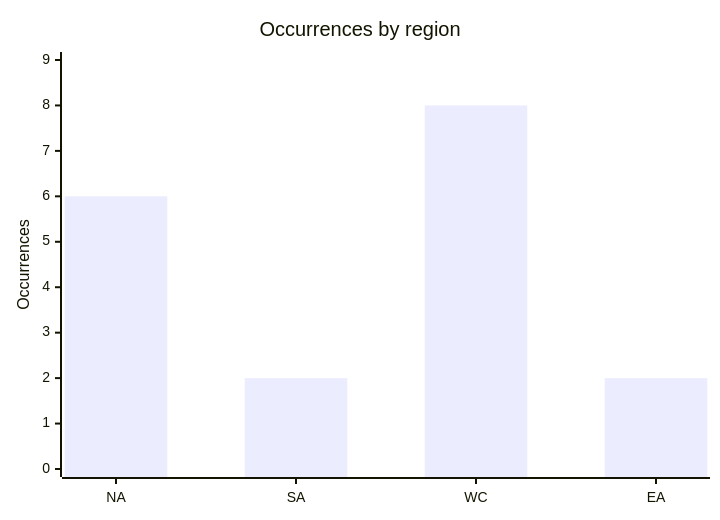
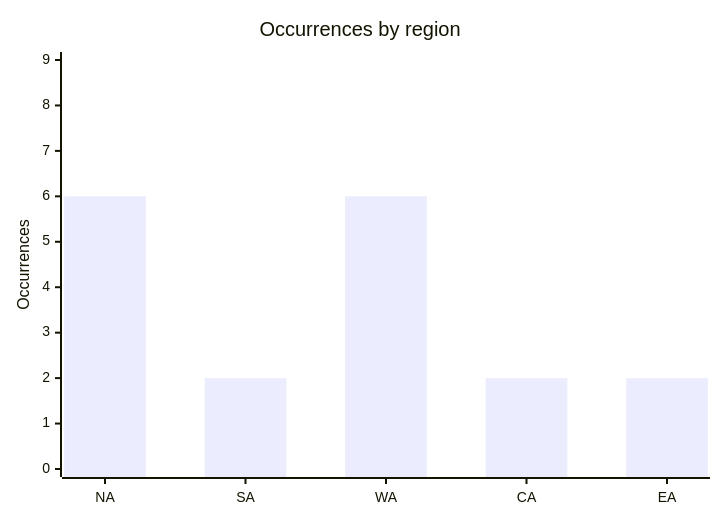
The third of 4 diagrams in CyberAttackAfrica/2025/09-september/README.md (Hatchepsoute/AFRINTEL), drawn with Mermaid before and after one commit. The commit also changed other lines of this file and 109 other files, not shown here.

````diff
--- a/CyberAttackAfrica/2025/09-september/README.md
+++ b/CyberAttackAfrica/2025/09-september/README.md
@@ -161,7 +162,7 @@
 ```mermaid
 xychart
     title "Occurrences by region"
-    x-axis ["NA","SA","WC","EA"]
+    x-axis ["NA","SA","WA","CA","EA"]
     y-axis "Occurrences" 0 --> 9
-    bar [6,2,8,2]
+    bar [6,2,6,2,2]
 ```
````
